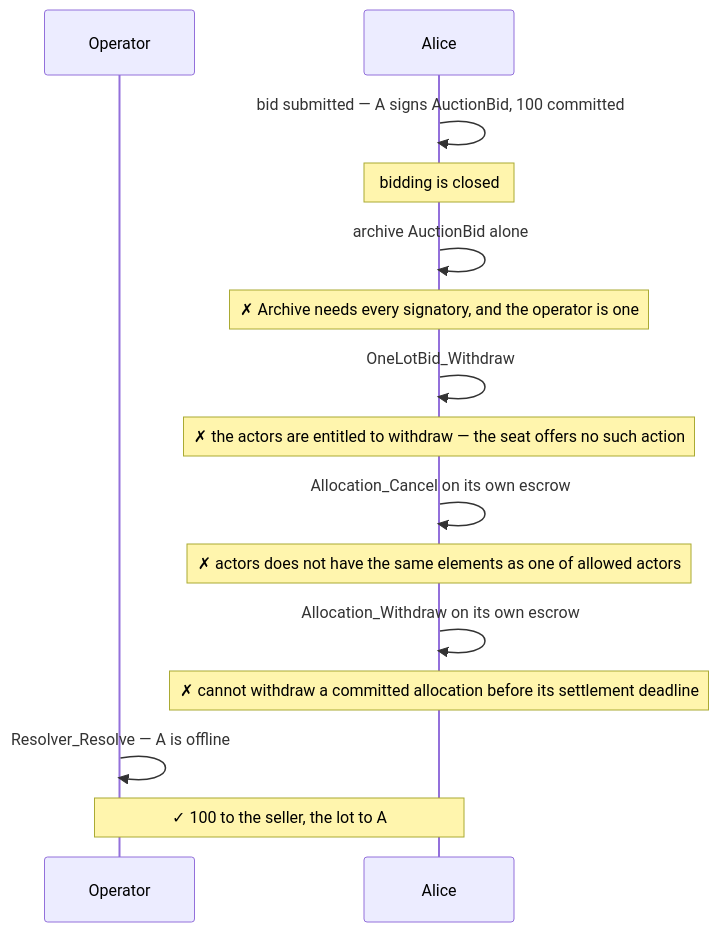
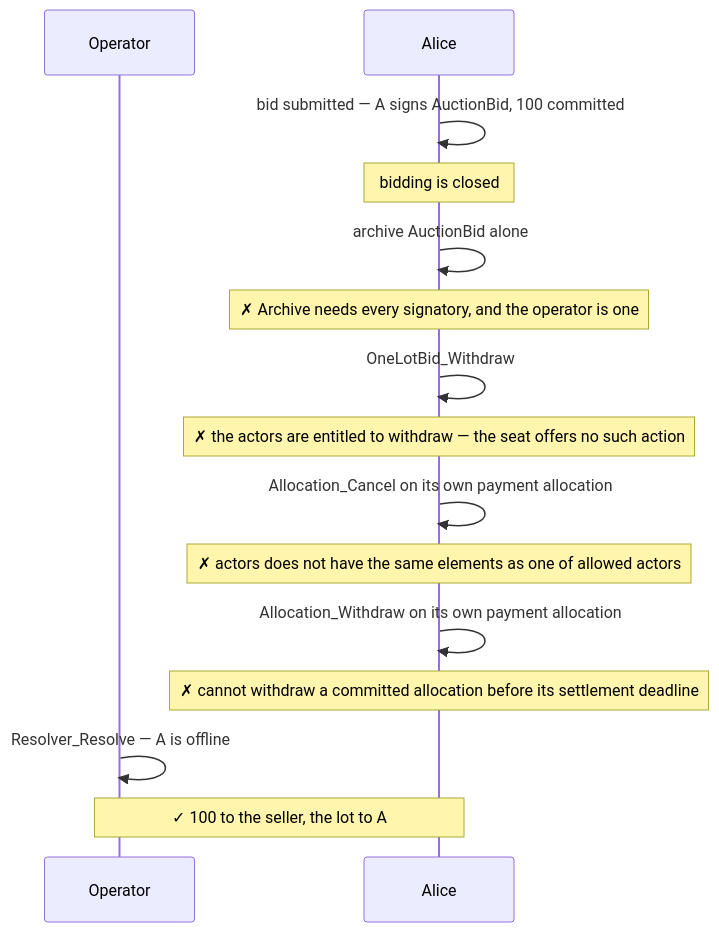
Before and after one commit to unlockitio/concordia: the fourth of 4 diagrams in examples/auctions/sealed-bid-first-price/DEMOS.md, drawn with Mermaid. The commit also changed other lines of this file and 42 other files, not shown here.

````diff
--- a/examples/auctions/sealed-bid-first-price/DEMOS.md
+++ b/examples/auctions/sealed-bid-first-price/DEMOS.md
@@ -313,20 +186,20 @@
 ```mermaid
 sequenceDiagram
     participant O as Operator
     participant A as Alice
 
     A->>A: bid submitted — A signs AuctionBid, 100 committed
     Note over A: bidding is closed
 
     A->>A: archive AuctionBid alone
     Note over A: ✗ Archive needs every signatory, and the operator is one
     A->>A: OneLotBid_Withdraw
     Note over A: ✗ the actors are entitled to withdraw — the seat offers no such action
-    A->>A: Allocation_Cancel on its own escrow
+    A->>A: Allocation_Cancel on its own payment allocation
     Note over A: ✗ actors does not have the same elements as one of allowed actors
-    A->>A: Allocation_Withdraw on its own escrow
+    A->>A: Allocation_Withdraw on its own payment allocation
     Note over A: ✗ cannot withdraw a committed allocation before its settlement deadline
 
     O->>O: Resolver_Resolve — A is offline
     Note over O,A: ✓ 100 to the seller, the lot to A
 ```
````
